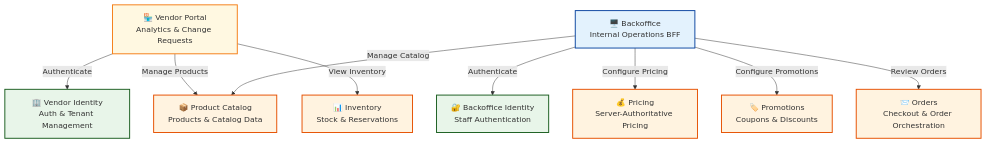
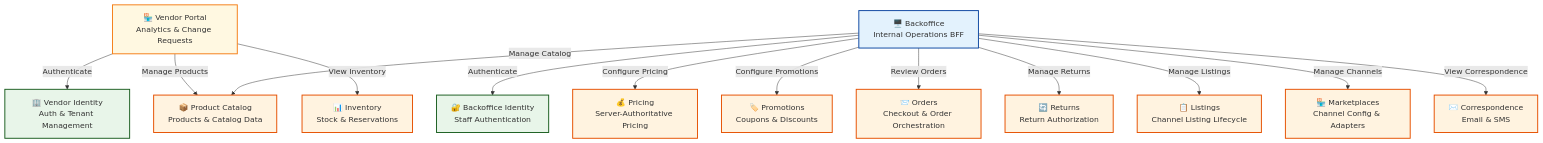
One commit to erikshafer/CritterSupply changed the second of 2 diagrams in README.md. Above: the diagram before and after it, drawn with Mermaid. The commit also changed other lines of this file and 3 other files, not shown here.

````diff
--- a/README.md
+++ b/README.md
@@ -139,42 +143,50 @@
 ```mermaid
 graph TB
     %% Vendor-Facing Layer
     VP["🏪 Vendor Portal<br/>Analytics & Change Requests"]
 
     %% Operations Layer
     BO["🖥️ Backoffice<br/>Internal Operations BFF"]
 
     %% Identity Contexts
     VendorID["🏢 Vendor Identity<br/>Auth & Tenant Management"]
     BackofficeID["🔐 Backoffice Identity<br/>Staff Authentication"]
 
     %% Shared Business Contexts
     Catalog["📦 Product Catalog<br/>Products & Catalog Data"]
     Inventory["📊 Inventory<br/>Stock & Reservations"]
     Orders["📨 Orders<br/>Checkout & Order Orchestration"]
     Pricing["💰 Pricing<br/>Server-Authoritative Pricing"]
     Promotions["🏷️ Promotions<br/>Coupons & Discounts"]
+    Returns["🔄 Returns<br/>Return Authorization"]
+    Listings["📋 Listings<br/>Channel Listing Lifecycle"]
+    Marketplaces["🏪 Marketplaces<br/>Channel Config & Adapters"]
+    Correspondence["✉️ Correspondence<br/>Email & SMS"]
 
     %% Vendor Portal interactions
     VP -->|Authenticate| VendorID
     VP -->|Manage Products| Catalog
     VP -->|View Inventory| Inventory
 
     %% Backoffice interactions
     BO -->|Authenticate| BackofficeID
     BO -->|Manage Catalog| Catalog
     BO -->|Configure Pricing| Pricing
     BO -->|Configure Promotions| Promotions
     BO -->|Review Orders| Orders
+    BO -->|Manage Returns| Returns
+    BO -->|Manage Listings| Listings
+    BO -->|Manage Channels| Marketplaces
+    BO -->|View Correspondence| Correspondence
 
     classDef vendor fill:#fff8e1,stroke:#f57f17,stroke-width:2px
     classDef identity fill:#e8f5e9,stroke:#1b5e20,stroke-width:2px
     classDef core fill:#fff3e0,stroke:#e65100,stroke-width:2px
     classDef planned fill:#f5f5f5,stroke:#9e9e9e,stroke-width:2px,stroke-dasharray: 5 5
     classDef ops fill:#e3f2fd,stroke:#0d47a1,stroke-width:2px
 
     class VP vendor
     class VendorID,BackofficeID identity
-    class Catalog,Inventory,Orders,Pricing,Promotions core
+    class Catalog,Inventory,Orders,Pricing,Promotions,Returns,Listings,Marketplaces,Correspondence core
     class BO ops
 ```
````
